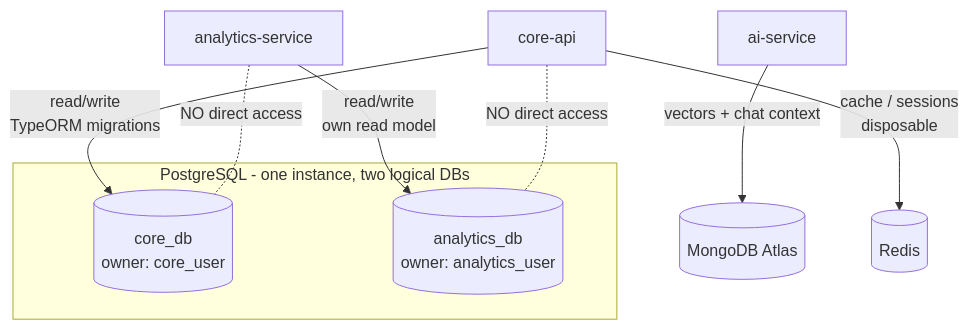
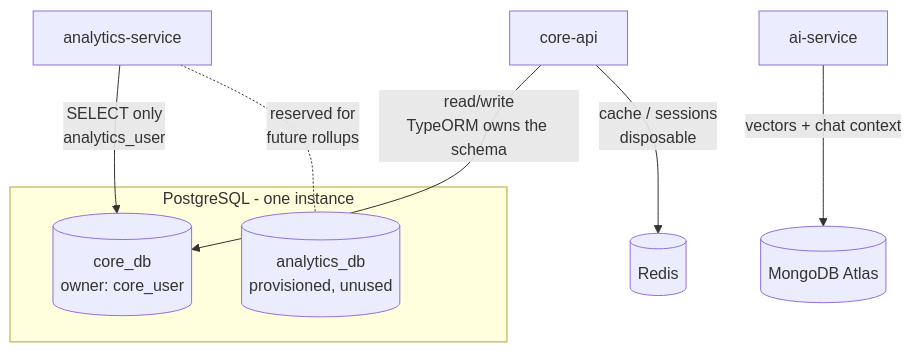
Before and after one commit to ITI-Grad-Project-org/backend: the third of 5 diagrams in coachhub/docs/deployment/01-system-architecture.md, drawn with Mermaid. The commit also changed other lines of this file and 5 other files, not shown here.

First line of the commit message:
feat[server]: point analytics-service at core_db with read-only access

````diff
--- a/coachhub/docs/deployment/01-system-architecture.md
+++ b/coachhub/docs/deployment/01-system-architecture.md
@@ -169,15 +171,14 @@
 ```mermaid
 flowchart TB
-    subgraph pg [PostgreSQL - one instance, two logical DBs]
+    subgraph pg [PostgreSQL - one instance]
         COREDB[(core_db<br/>owner: core_user)]
-        ANDB[(analytics_db<br/>owner: analytics_user)]
+        ANDB[(analytics_db<br/>provisioned, unused)]
     end
 
-    CORE[core-api] -->|read/write<br/>TypeORM migrations| COREDB
-    ANLYT[analytics-service] -->|read/write<br/>own read model| ANDB
+    CORE[core-api] -->|read/write<br/>TypeORM owns the schema| COREDB
+    ANLYT[analytics-service] -->|SELECT only<br/>analytics_user| COREDB
     AI[ai-service] -->|vectors + chat context| ATLAS[(MongoDB Atlas)]
     CORE -->|cache / sessions<br/>disposable| REDIS[(Redis)]
 
-    CORE -. "NO direct access" .- ANDB
-    ANLYT -. "NO direct access" .- COREDB
+    ANLYT -. "reserved for<br/>future rollups" .- ANDB
 ```
````
